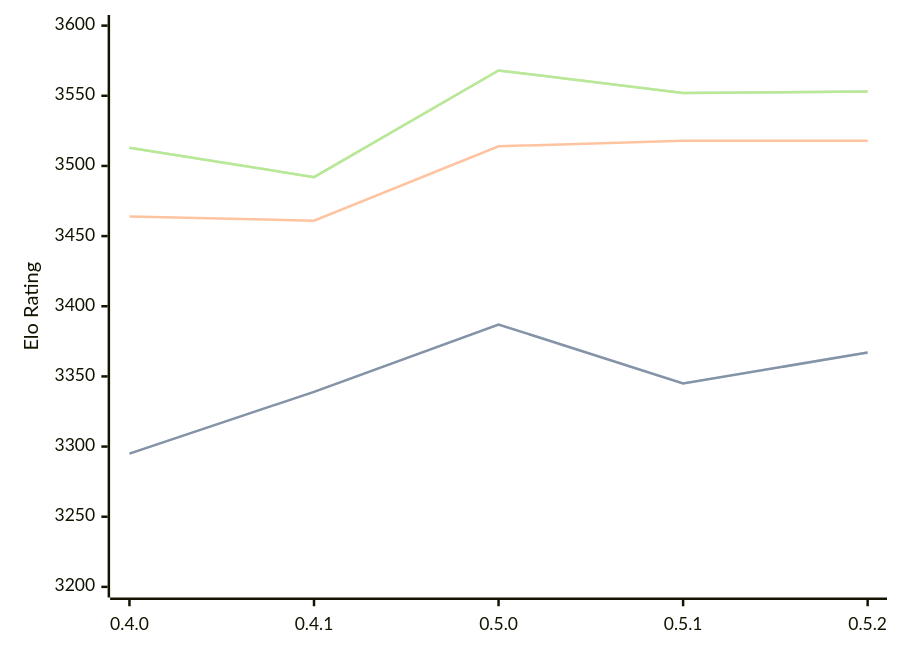
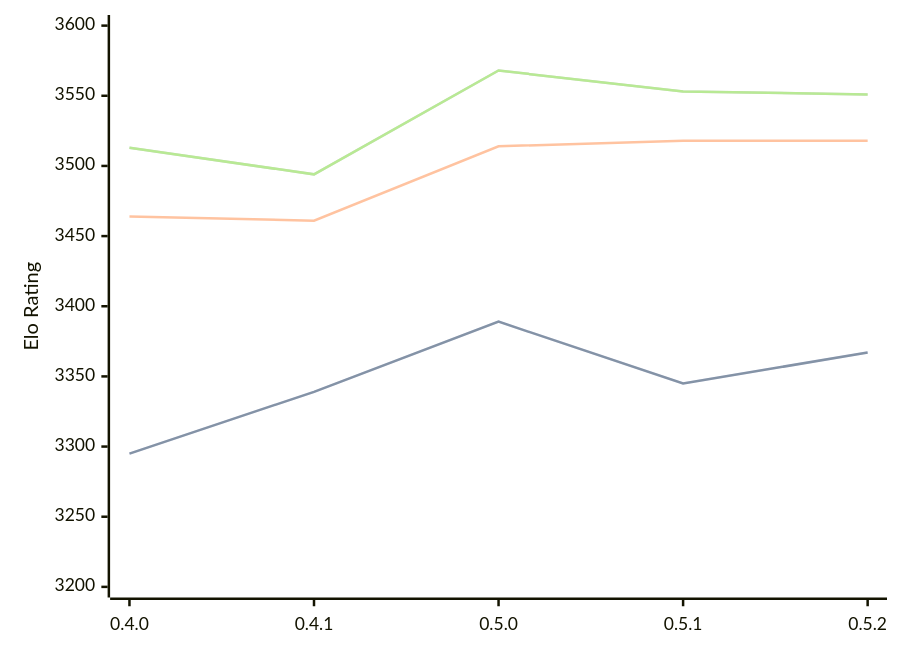
Before and after one commit to computer-chess-index/cci: the first of 3 diagrams in engines/Cinder.md, drawn with Mermaid. The commit also changed other lines of this file, not shown here.

Commit message:
Update CCI Ratings (ELO VLTC) - 2026-07-18

````diff
--- a/engines/Cinder.md
+++ b/engines/Cinder.md
@@ -43,11 +43,11 @@
 ```mermaid
 %%{init: {"theme":"base","themeVariables":{"seriesColors:['#a3a3a3','#222221','#faa371']}}}%%
 xychart-beta
   x-axis ["0.4.0", "0.4.1", "0.5.0", "0.5.1", "0.5.2"]
   y-axis "Elo Rating" 3200 --> 3600
-  line "STC (8.0+0.08s)" [3295, 3339, 3387, 3345, 3367]
-  line "STC (8.0+0.08s)" [3295, 3339, 3387, 3345, 3367]
+  line "STC (8.0+0.08s)" [3295, 3339, 3389, 3345, 3367]
+  line "STC (8.0+0.08s)" [3295, 3339, 3389, 3345, 3367]
   line "LTC (60.0+0.60s)" [3464, 3461, 3514, 3518, 3518]
-  line "VLTC (2m24s+1.12s)" [3513, 3492, 3568, 3552, 3553]
-  line "VLTC (2m24s+1.12s)" [3513, 3492, 3568, 3552, 3553]
+  line "VLTC (2m24s+1.12s)" [3513, 3494, 3568, 3553, 3551]
+  line "VLTC (2m24s+1.12s)" [3513, 3494, 3568, 3553, 3551]
 ```
````
